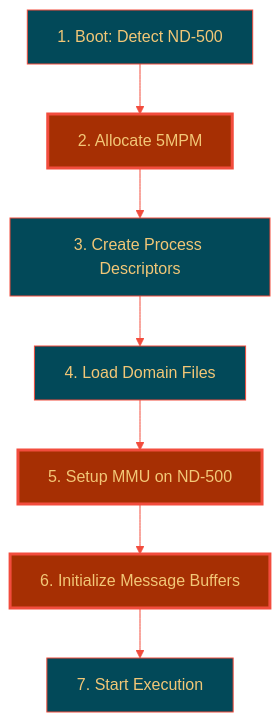
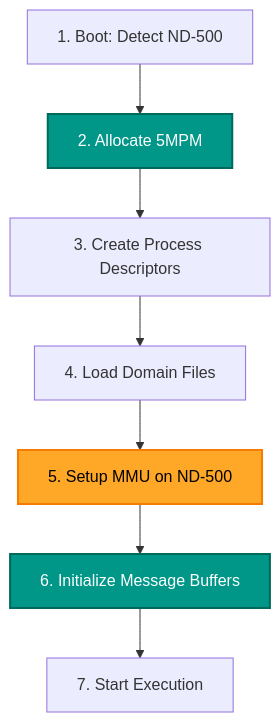
The first of 3 diagrams in SINTRAN/OS/12-ND500-DOMAIN-SETUP-AND-MEMORY-MAPPING.md (HackerCorpLabs/NDInsight), drawn with Mermaid before and after one commit. The commit also changed other lines of this file and 19 other files, not shown here.

Commit message:
Updated Mermaid diagrams

````diff
--- a/SINTRAN/OS/12-ND500-DOMAIN-SETUP-AND-MEMORY-MAPPING.md
+++ b/SINTRAN/OS/12-ND500-DOMAIN-SETUP-AND-MEMORY-MAPPING.md
@@ -37,17 +37,16 @@
 ```mermaid
-%%{init: {'theme':'base', 'themeVariables': {'primaryColor':'#024959','primaryTextColor':'#F2C777','primaryBorderColor':'#F24C3D','lineColor':'#F24C3D','secondaryColor':'#A62F03','tertiaryColor':'#F2E8C6'}}}%%
 flowchart TB
     A[1. Boot: Detect ND-500]
     B[2. Allocate 5MPM]
     C[3. Create Process Descriptors]
     D[4. Load Domain Files]
     E[5. Setup MMU on ND-500]
     F[6. Initialize Message Buffers]
     G[7. Start Execution]
-    
+
     A --> B --> C --> D --> E --> F --> G
-    
-    style B fill:#A62F03,stroke:#F24C3D,stroke-width:3px,color:#F2C777
-    style E fill:#A62F03,stroke:#F24C3D,stroke-width:3px,color:#F2C777
-    style F fill:#A62F03,stroke:#F24C3D,stroke-width:3px,color:#F2C777
+
+    style B fill:#009688,stroke:#00695C,stroke-width:2px,color:#fff
+    style E fill:#FFA726,stroke:#F57C00,stroke-width:2px,color:#000
+    style F fill:#009688,stroke:#00695C,stroke-width:2px,color:#fff
 ```
````
